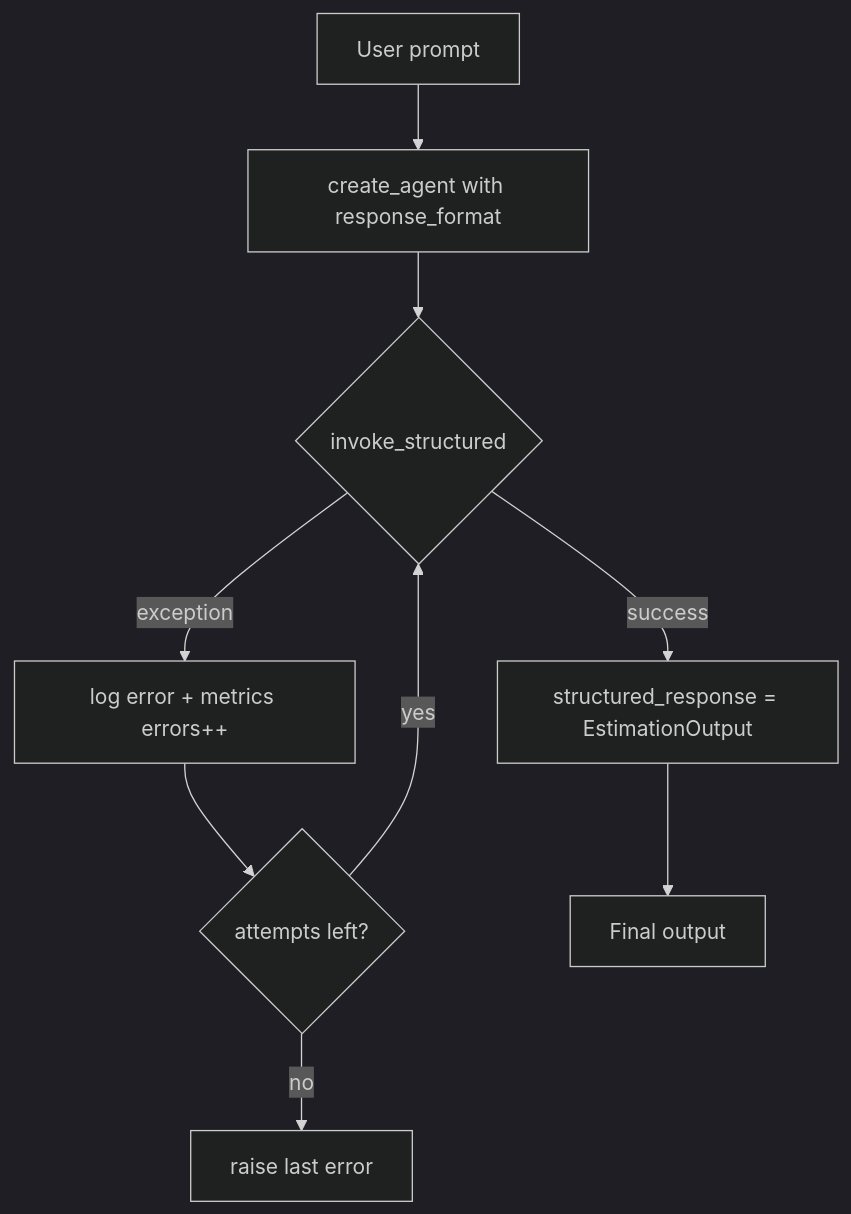
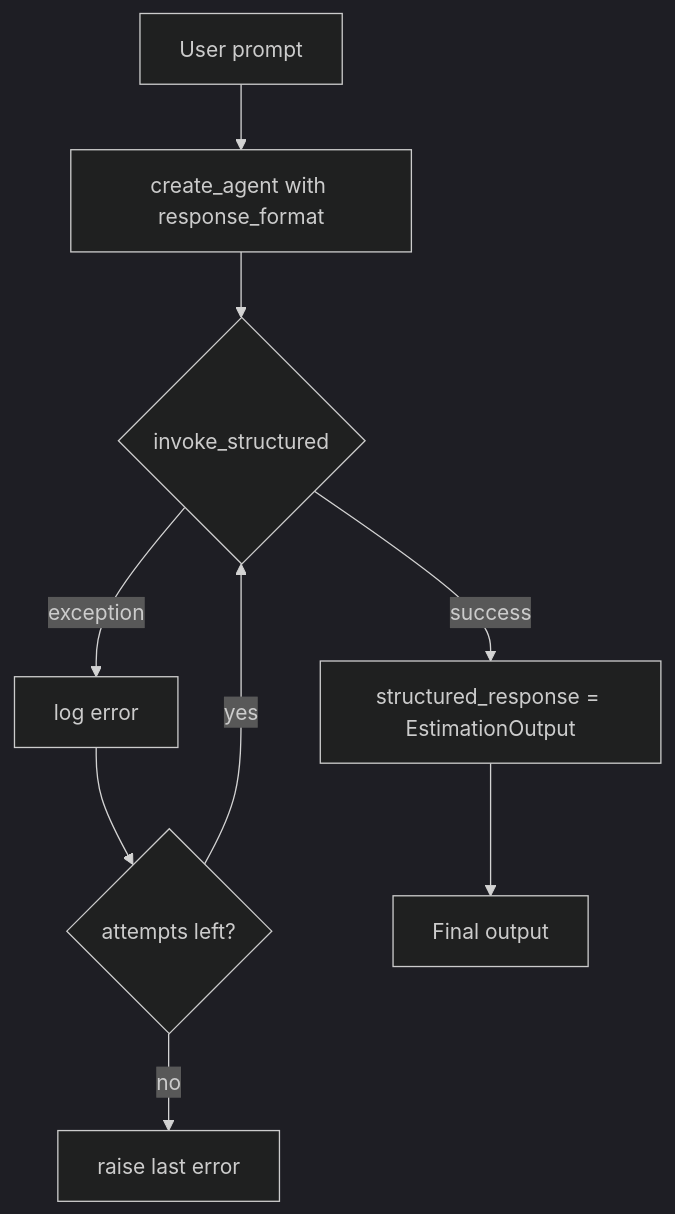
The third of 3 diagrams in docs/RUNTIME_ARCHITECTURE.md (robocop24/ba-copilot), drawn with Mermaid (dark theme) before and after one commit. The commit also changed other lines of this file and 18 other files, not shown here.

````diff
--- a/docs/RUNTIME_ARCHITECTURE.md
+++ b/docs/RUNTIME_ARCHITECTURE.md
@@ -153,11 +157,11 @@
 ```mermaid
 flowchart TD
     A[User prompt] --> B[create_agent with response_format]
     B --> C{invoke_structured}
     C -->|success| D[structured_response = EstimationOutput]
-    C -->|exception| E[log error + metrics errors++]
+    C -->|exception| E[log error]
     E --> F{attempts left?}
     F -->|yes| C
     F -->|no| G[raise last error]
     D --> H[Final output]
 ```
````
